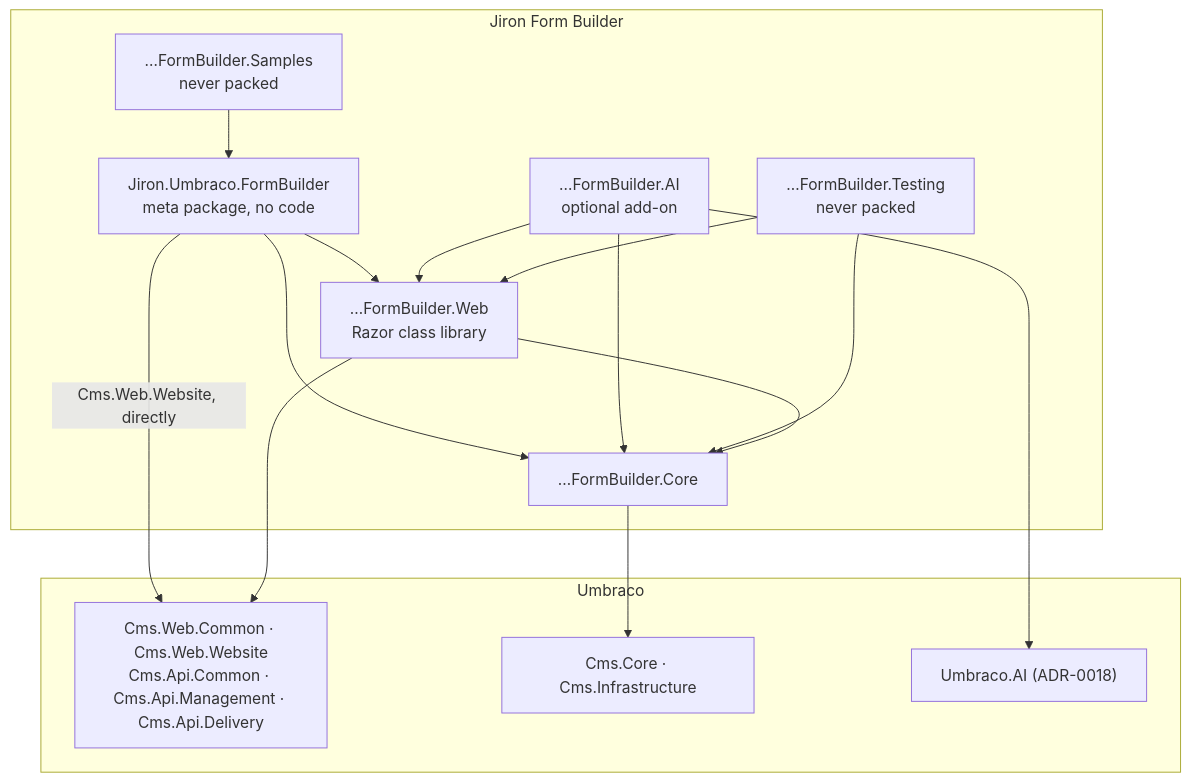
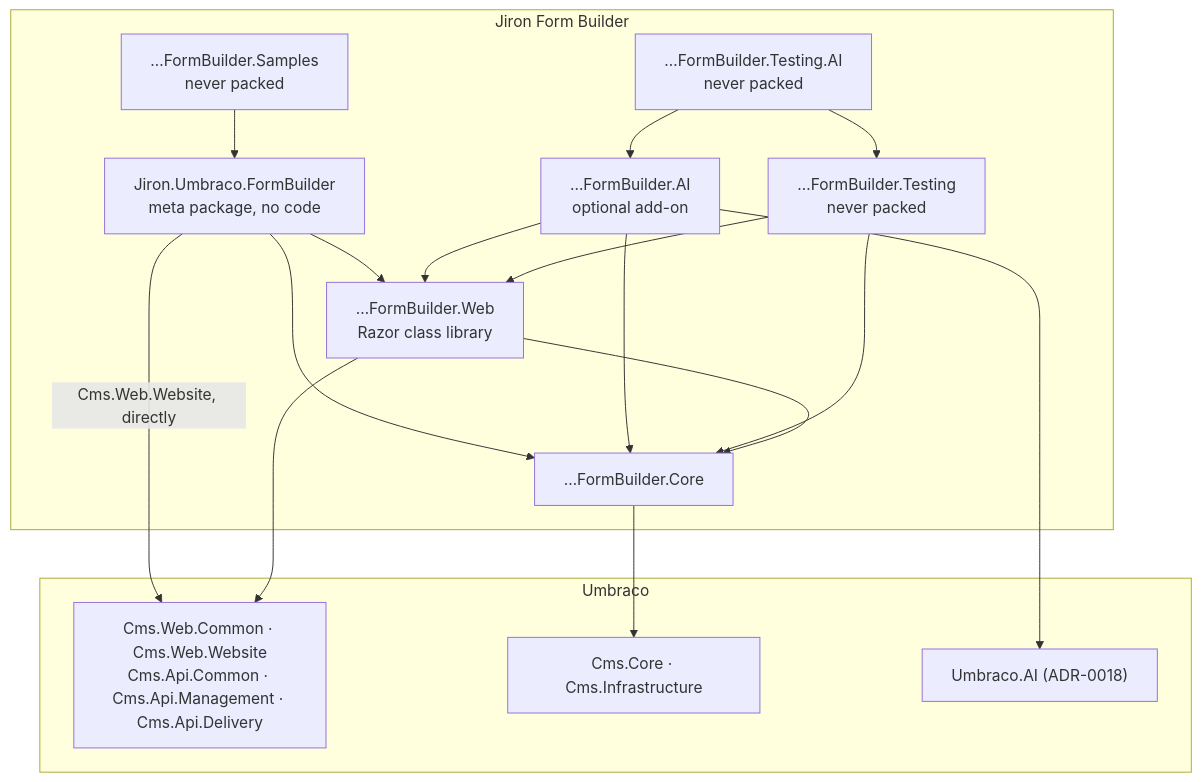
One commit to Jiron/Jiron.Umbraco.FormBuilder changed the first of 4 diagrams in docs/architecture.md. Above: the diagram before and after it, drawn with Mermaid. The commit also changed other lines of this file and 66 other files, not shown here.

````diff
--- a/docs/architecture.md
+++ b/docs/architecture.md
@@ -34,28 +36,31 @@
 ```mermaid
 flowchart TB
   subgraph ours["Jiron Form Builder"]
     meta["Jiron.Umbraco.FormBuilder<br/>meta package, no code"]
     ai["…FormBuilder.AI<br/>optional add-on"]
     testing["…FormBuilder.Testing<br/>never packed"]
+    testingAi["…FormBuilder.Testing.AI<br/>never packed"]
     samples["…FormBuilder.Samples<br/>never packed"]
     web["…FormBuilder.Web<br/>Razor class library"]
     core["…FormBuilder.Core"]
   end
   subgraph umbraco["Umbraco"]
     umbWeb["Cms.Web.Common · Cms.Web.Website<br/>Cms.Api.Common · Cms.Api.Management · Cms.Api.Delivery"]
     umbCore["Cms.Core · Cms.Infrastructure"]
     umbAi["Umbraco.AI (ADR-0018)"]
   end
   meta --> web
   meta --> core
   meta -- "Cms.Web.Website, directly" --> umbWeb
   ai --> web
   ai --> core
   ai --> umbAi
   samples --> meta
   testing --> web
   testing --> core
+  testingAi --> ai
+  testingAi --> testing
   web --> core
   web --> umbWeb
   core --> umbCore
 ```
````
